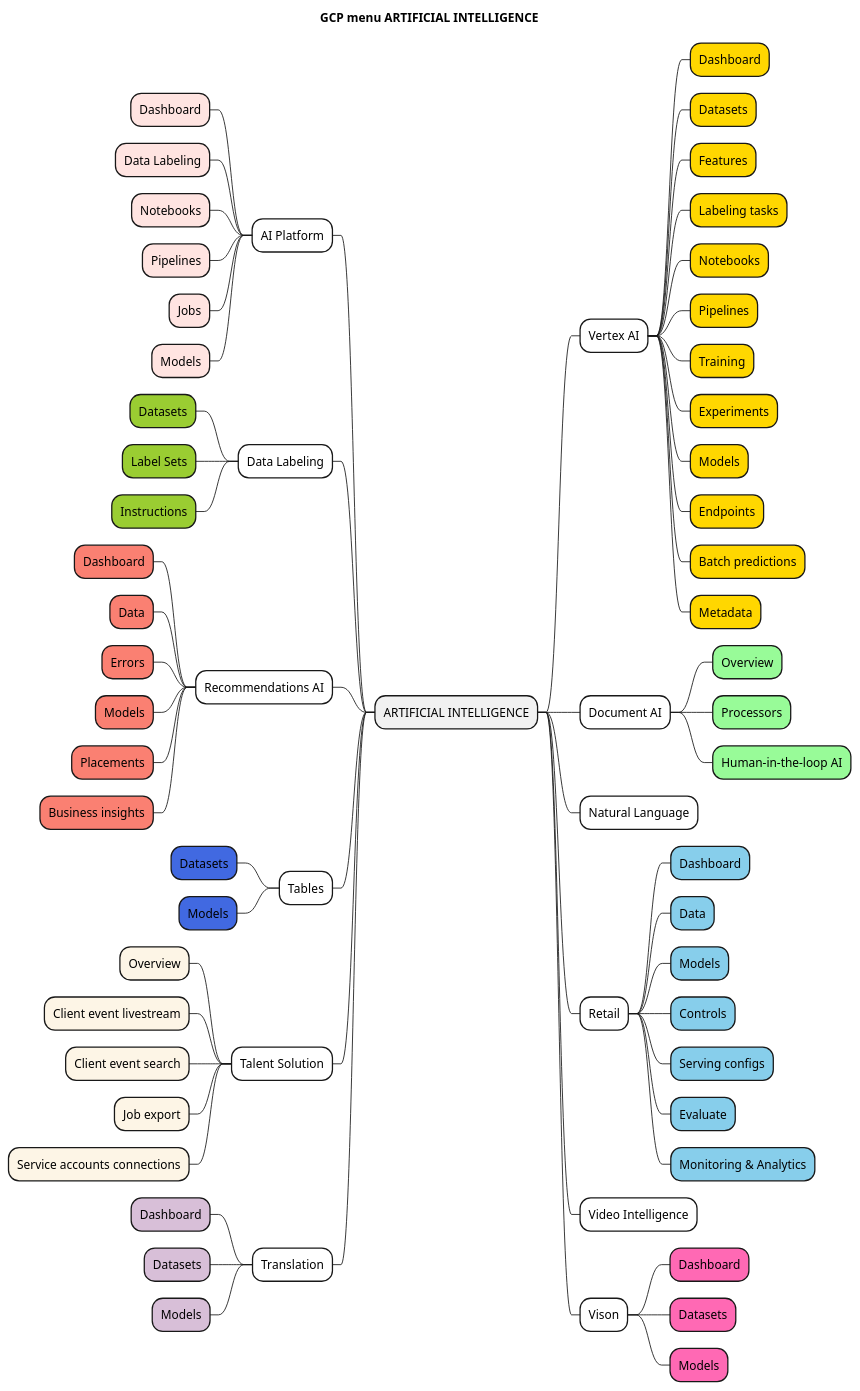
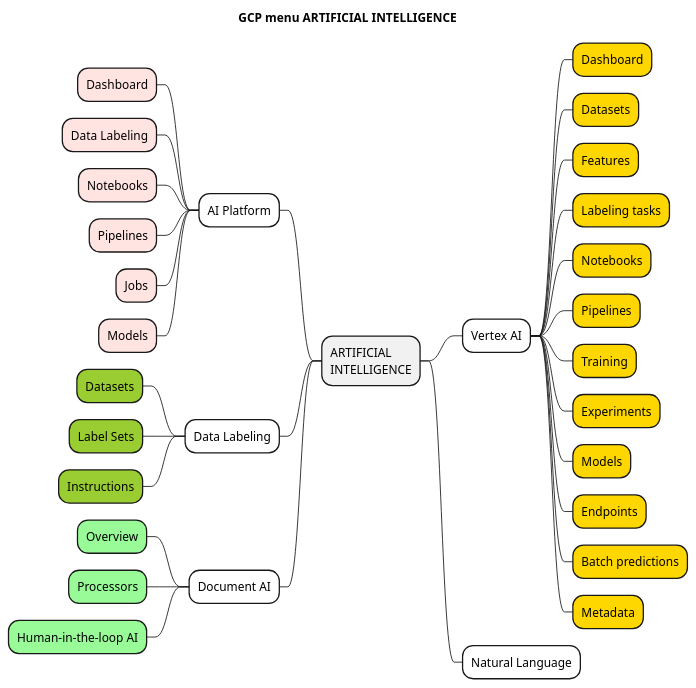
Before and after one commit to pham-anh/learn-lpic: the diagram in gcp/img/gcp_menu9_ai.puml, drawn with PlantUML. The commit also changed 12 other files, not shown here.

```diff
--- a/gcp/img/gcp_menu9_ai.puml
+++ b/gcp/img/gcp_menu9_ai.puml
@@ -1,83 +1,39 @@
 @startmindmap
 title GCP menu ARTIFICIAL INTELLIGENCE
 
-* ARTIFICIAL INTELLIGENCE
+* ARTIFICIAL \nINTELLIGENCE
 **[#White] Vertex AI
 ***[#Gold] Dashboard
 ***[#Gold] Datasets
 ***[#Gold] Features
 ***[#Gold] Labeling tasks
 ***[#Gold] Notebooks
 ***[#Gold] Pipelines
 ***[#Gold] Training
 ***[#Gold] Experiments
 ***[#Gold] Models
 ***[#Gold] Endpoints
 ***[#Gold] Batch predictions
 ***[#Gold] Metadata
 
 --[#White] AI Platform
 ---[#MistyRose] Dashboard
 ---[#MistyRose] Data Labeling
 ---[#MistyRose] Notebooks
 ---[#MistyRose] Pipelines
 ---[#MistyRose] Jobs
 ---[#MistyRose] Models
 
 --[#White] Data Labeling
 ---[#YellowGreen] Datasets
 ---[#YellowGreen] Label Sets
 ---[#YellowGreen] Instructions
 
-**[#White] Document AI
-***[#PaleGreen] Overview
-***[#PaleGreen] Processors
-***[#PaleGreen] Human-in-the-loop AI
+--[#White] Document AI
+---[#PaleGreen] Overview
+---[#PaleGreen] Processors
+---[#PaleGreen] Human-in-the-loop AI
 
 **[#White] Natural Language
 
---[#White] Recommendations AI
----[#Salmon] Dashboard
----[#Salmon] Data
----[#Salmon] Errors
----[#Salmon] Models
----[#Salmon] Placements
----[#Salmon] Business insights
-
-**[#White] Retail
-***[#SkyBlue] Dashboard
-***[#SkyBlue] Data
-***[#SkyBlue] Models
-***[#SkyBlue] Controls
-***[#SkyBlue] Serving configs
-***[#SkyBlue] Evaluate
-***[#SkyBlue] Monitoring & Analytics
-
---[#White] Tables
----[#RoyalBlue] Datasets
----[#RoyalBlue] Models
-
---[#White] Talent Solution
----[#OldLace] Overview
----[#OldLace] Client event livestream
----[#OldLace] Client event search
----[#OldLace] Job export
----[#OldLace] Service accounts connections
-
---[#White] Translation
----[#Thistle] Dashboard
----[#Thistle] Datasets
----[#Thistle] Models
-
-**[#White] Video Intelligence
-
-**[#White] Vison
-***[#HotPink] Dashboard
-***[#HotPink] Datasets
-***[#HotPink] Models
-
-
-
-
-
 @endmindmap
```
